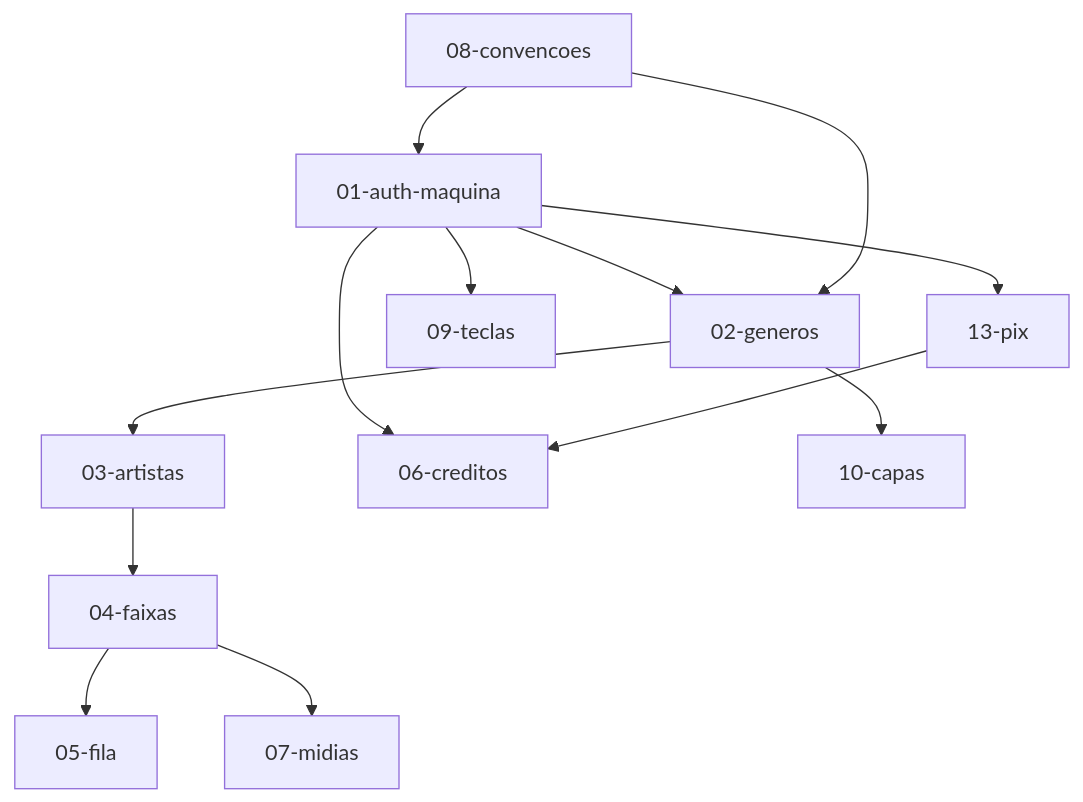
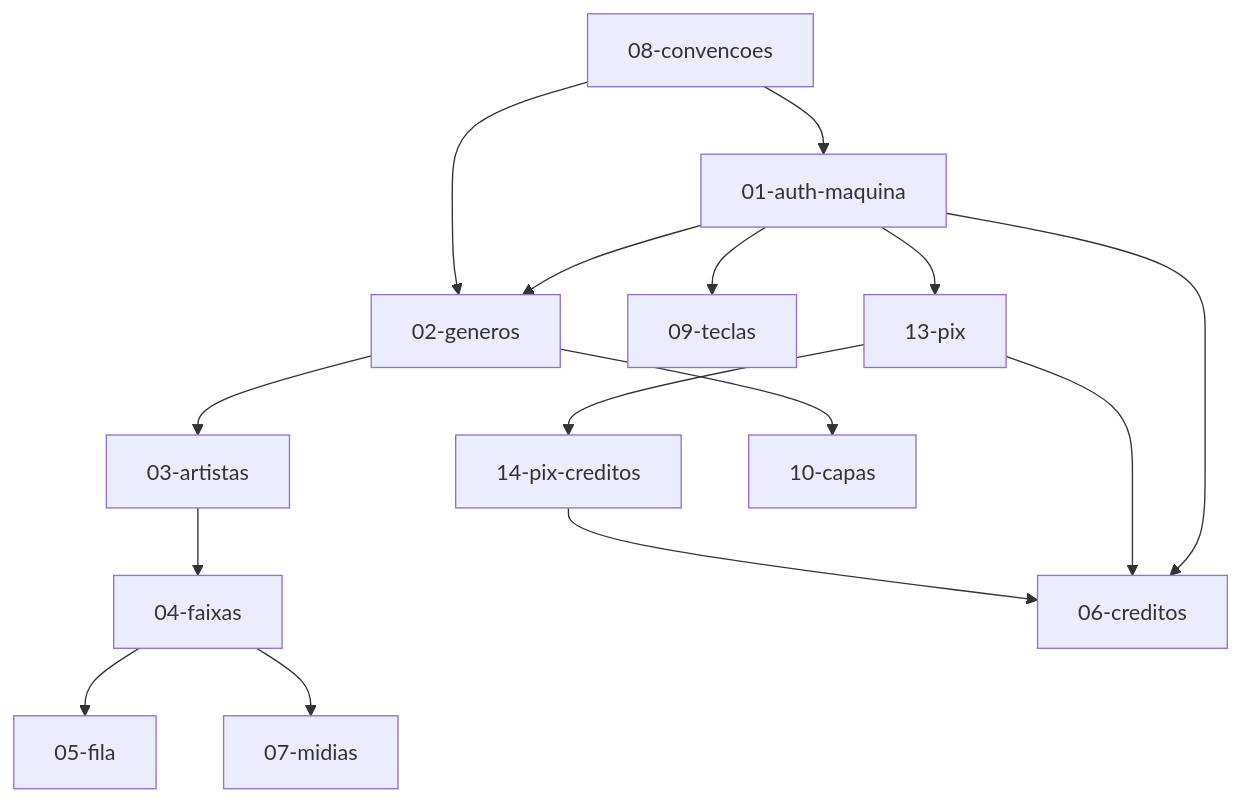
The diagram in docs/contratos/00-visao-geral.md (h3ticonecta/frontend_jukebox), drawn with Mermaid before and after one commit. The commit also changed other lines of this file and 14 other files, not shown here.

First line of the commit message:
feat(pix): valores e creditos configuraveis (contrato 14)

````diff
--- a/docs/contratos/00-visao-geral.md
+++ b/docs/contratos/00-visao-geral.md
@@ -81,15 +81,17 @@
 ```mermaid
 graph TD
     A[01-auth-maquina] --> B[02-generos]
     A --> I[09-teclas]
     B --> C[03-artistas]
     C --> D[04-faixas]
     D --> F[05-fila]
     D --> G[07-midias]
     A --> E[06-creditos]
     A --> K[13-pix]
     K --> E
+    K --> L[14-pix-creditos]
+    L --> E
     B --> J[10-capas]
     H[08-convencoes] --> A
     H --> B
 ```
````
